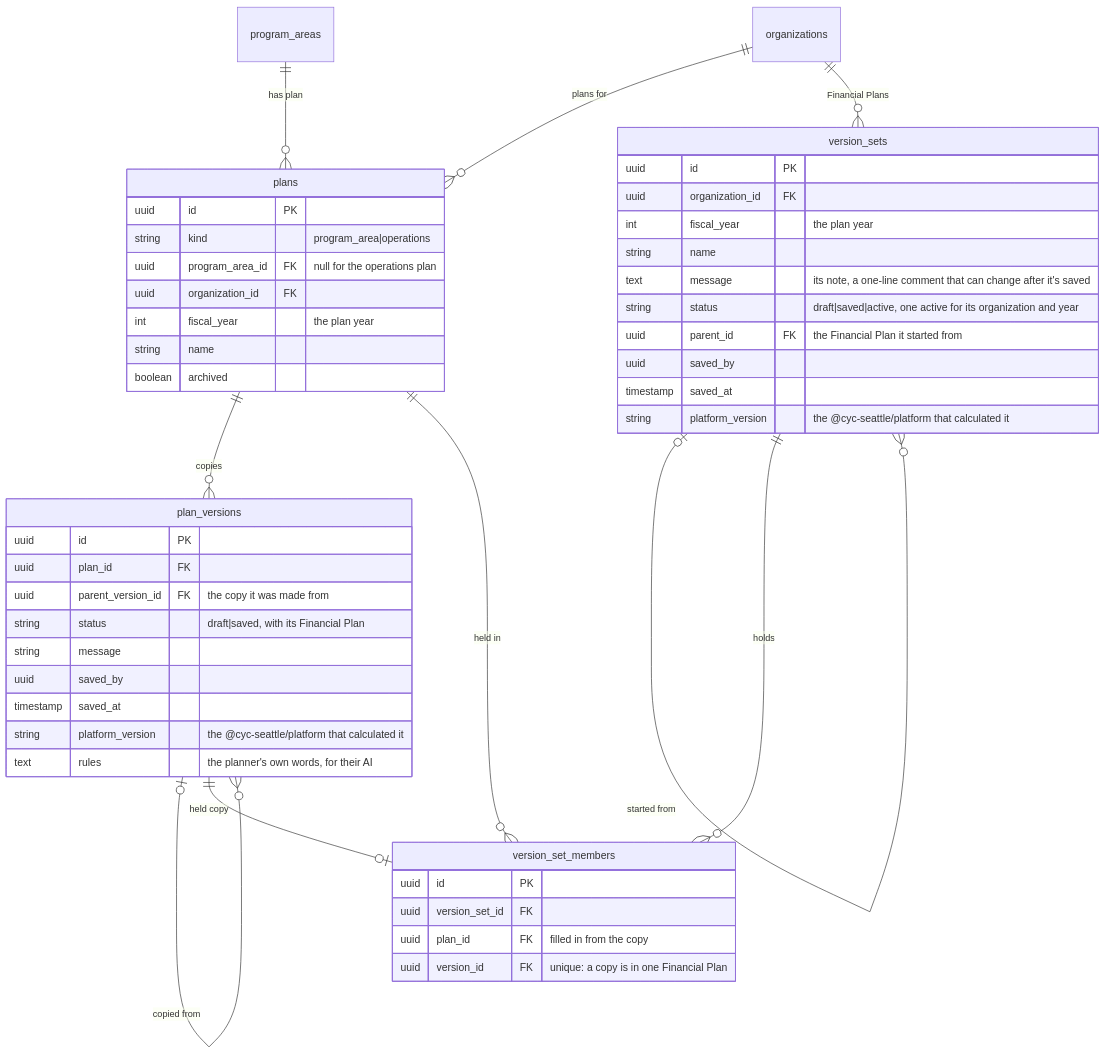
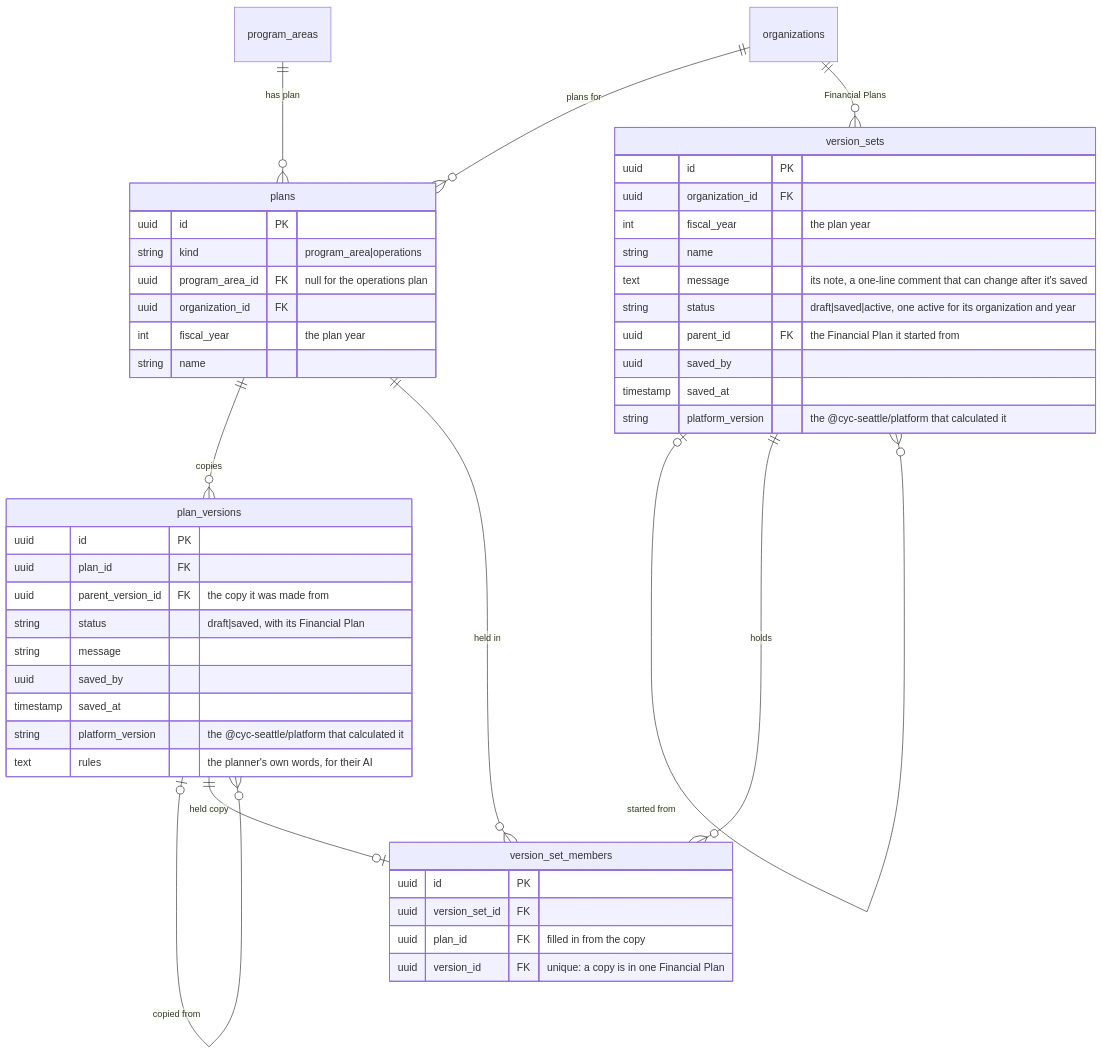
One commit to cyc-seattle/platform changed the third of 7 diagrams in docs/planning-schema.md. Above: the diagram before and after it, drawn with Mermaid. The commit also changed other lines of this file and 14 other files, not shown here.

````diff
--- a/docs/planning-schema.md
+++ b/docs/planning-schema.md
@@ -159,51 +159,50 @@
 ```mermaid
 erDiagram
     program_areas ||--o{ plans : "has plan"
     organizations ||--o{ plans : "plans for"
     plans ||--o{ plan_versions : copies
     plan_versions |o--o{ plan_versions : "copied from"
     organizations ||--o{ version_sets : "Financial Plans"
     version_sets |o--o{ version_sets : "started from"
     version_sets ||--o{ version_set_members : holds
     plans ||--o{ version_set_members : "held in"
     plan_versions ||--o| version_set_members : "held copy"
 
     plans {
         uuid id PK
         string kind "program_area|operations"
         uuid program_area_id FK "null for the operations plan"
         uuid organization_id FK
         int fiscal_year "the plan year"
         string name
-        boolean archived
     }
     plan_versions {
         uuid id PK
         uuid plan_id FK
         uuid parent_version_id FK "the copy it was made from"
         string status "draft|saved, with its Financial Plan"
         string message
         uuid saved_by
         timestamp saved_at
         string platform_version "the @cyc-seattle/platform that calculated it"
         text rules "the planner's own words, for their AI"
     }
     version_sets {
         uuid id PK
         uuid organization_id FK
         int fiscal_year "the plan year"
         string name
         text message "its note, a one-line comment that can change after it's saved"
         string status "draft|saved|active, one active for its organization and year"
         uuid parent_id FK "the Financial Plan it started from"
         uuid saved_by
         timestamp saved_at
         string platform_version "the @cyc-seattle/platform that calculated it"
     }
     version_set_members {
         uuid id PK
         uuid version_set_id FK
         uuid plan_id FK "filled in from the copy"
         uuid version_id FK "unique: a copy is in one Financial Plan"
     }
 ```
````
